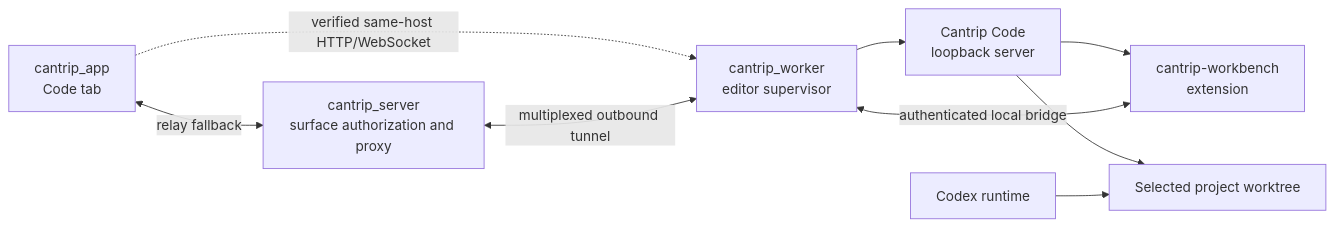
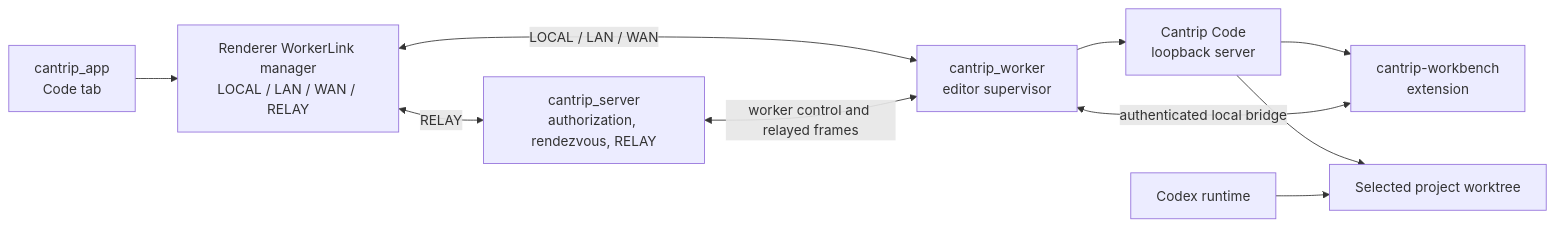
Before and after one commit to ArcaneArts/Cantrip: the diagram in docs/CODE.md, drawn with Mermaid. The commit also changed other lines of this file and 47 other files, not shown here.

````diff
--- a/docs/CODE.md
+++ b/docs/CODE.md
@@ -258,19 +259,21 @@
 ```mermaid
 flowchart LR
     APP["cantrip_app<br/>Code tab"]
-    SERVER["cantrip_server<br/>surface authorization and proxy"]
+    LINK["Renderer WorkerLink manager<br/>LOCAL / LAN / WAN / RELAY"]
+    SERVER["cantrip_server<br/>authorization, rendezvous, RELAY"]
     WORKER["cantrip_worker<br/>editor supervisor"]
     CODE["Cantrip Code<br/>loopback server"]
     BRIDGE["cantrip-workbench<br/>extension"]
     TREE["Selected project worktree"]
     AGENT["Codex runtime"]
 
-    APP <-->|"relay fallback"| SERVER
-    APP -. "verified same-host HTTP/WebSocket" .-> WORKER
-    SERVER <-->|"multiplexed outbound tunnel"| WORKER
+    APP --> LINK
+    LINK <-->|"LOCAL / LAN / WAN"| WORKER
+    LINK <-->|"RELAY"| SERVER
+    SERVER <-->|"worker control and relayed frames"| WORKER
     WORKER --> CODE
     CODE --> BRIDGE
     CODE --> TREE
     BRIDGE <-->|"authenticated local bridge"| WORKER
     AGENT --> TREE
 ```
````
